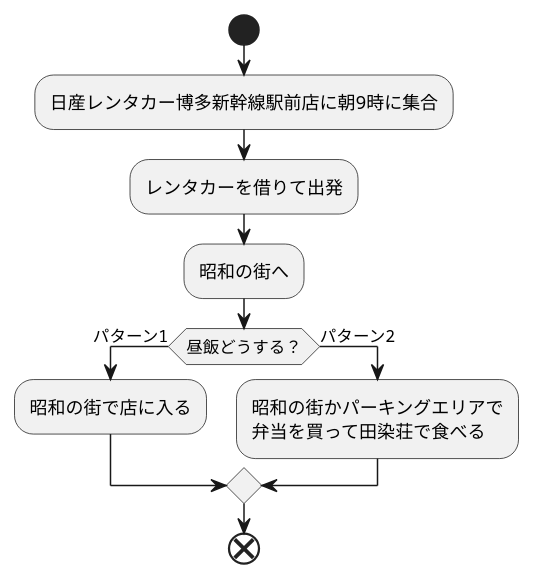
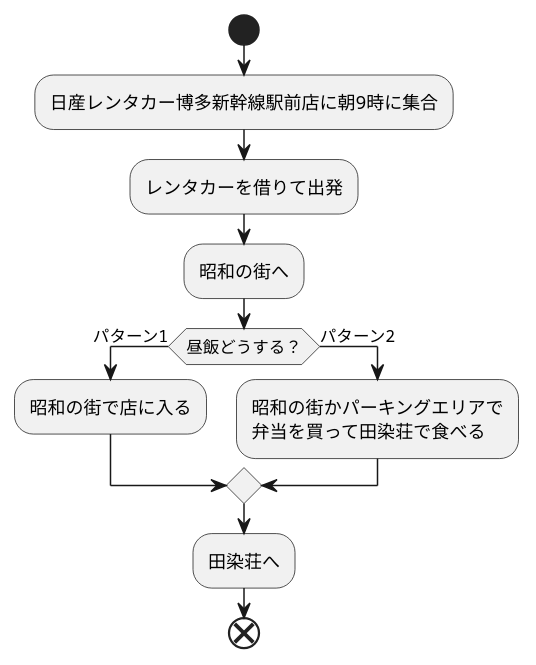
Before and after one commit to Aso2001369/2021sys-design: the diagram in trip.md, drawn with PlantUML.

````diff
--- a/trip.md
+++ b/trip.md
@@ -1,17 +1,18 @@
 ```uml
 @startuml
 start
 
 :日産レンタカー博多新幹線駅前店に朝9時に集合;
 :レンタカーを借りて出発;
 :昭和の街へ;
 if(昼飯どうする？)then(パターン1)
 :昭和の街で店に入る;
 else(パターン2)
 :昭和の街かパーキングエリアで
 弁当を買って田染荘で食べる;
 endif
+:田染荘へ;
 
 end
 @enduml
 ```
````
